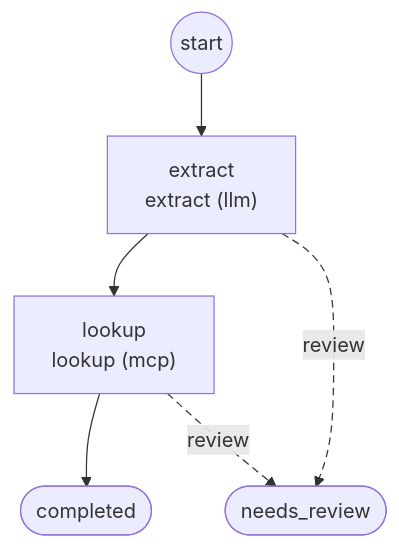
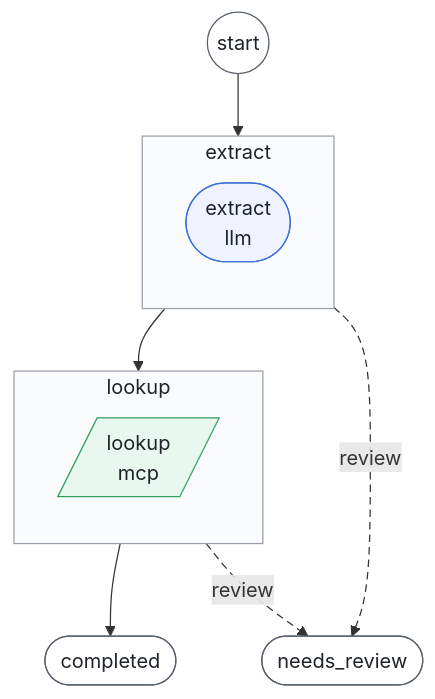
The second of 2 diagrams in examples/extracted_request_mcp/WORKFLOWS.md (sebastianwessel/foliqant), drawn with Mermaid before and after one commit. The commit also changed other lines of this file and 21 other files, not shown here.

First line of the commit message:
Render workflow graphs as subgraphs with steps, shapes and a legend

````diff
--- a/examples/extracted_request_mcp/WORKFLOWS.md
+++ b/examples/extracted_request_mcp/WORKFLOWS.md
@@ -9,15 +39,28 @@
 ```mermaid
 flowchart TD
-  start((start))
-  flow_extract["extract<br/>extract (llm)"]
-  flow_lookup["lookup<br/>lookup (mcp)"]
-  outcome_completed(["completed"])
-  outcome_needs_review(["needs_review"])
-  start --> flow_extract
-  flow_extract --> flow_lookup
-  flow_extract -.->|"review"| outcome_needs_review
-  flow_lookup --> outcome_completed
-  flow_lookup -.->|"review"| outcome_needs_review
-  linkStyle 2 stroke-dasharray: 6 4
-  linkStyle 4 stroke-dasharray: 6 4
+  start__((start))
+  subgraph extract["extract"]
+    direction TB
+    extract__extract(["extract<br/>llm"])
+  end
+  subgraph lookup["lookup"]
+    direction TB
+    lookup__lookup[/"lookup<br/>mcp"/]
+  end
+  outcome_completed__(["completed"])
+  outcome_needs_review__(["needs_review"])
+  start__ --> extract
+  extract --> lookup
+  extract -.->|"review"| outcome_needs_review__
+  lookup --> outcome_completed__
+  lookup -.->|"review"| outcome_needs_review__
+  classDef llm fill:#eef3ff,stroke:#3b6fd6,color:#1f2328
+  classDef mcp fill:#e9f8ee,stroke:#2f9e5d,color:#1f2328
+  classDef flow fill:#fafbfc,stroke:#9aa1ab,color:#1f2328
+  classDef terminal fill:#ffffff,stroke:#57606a,color:#1f2328
+  class extract__extract llm
+  class lookup__lookup mcp
+  class extract,lookup flow
+  class start__,outcome_completed__,outcome_needs_review__ terminal
+  linkStyle 2,4 stroke-dasharray: 6 4
 ```
````
